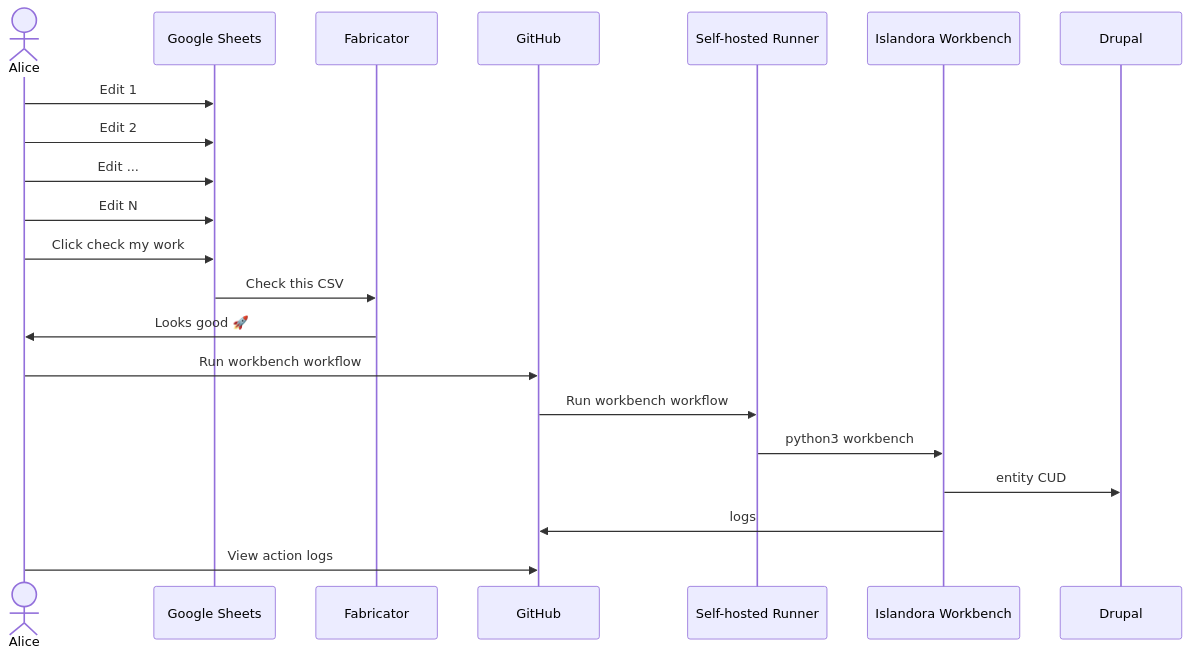
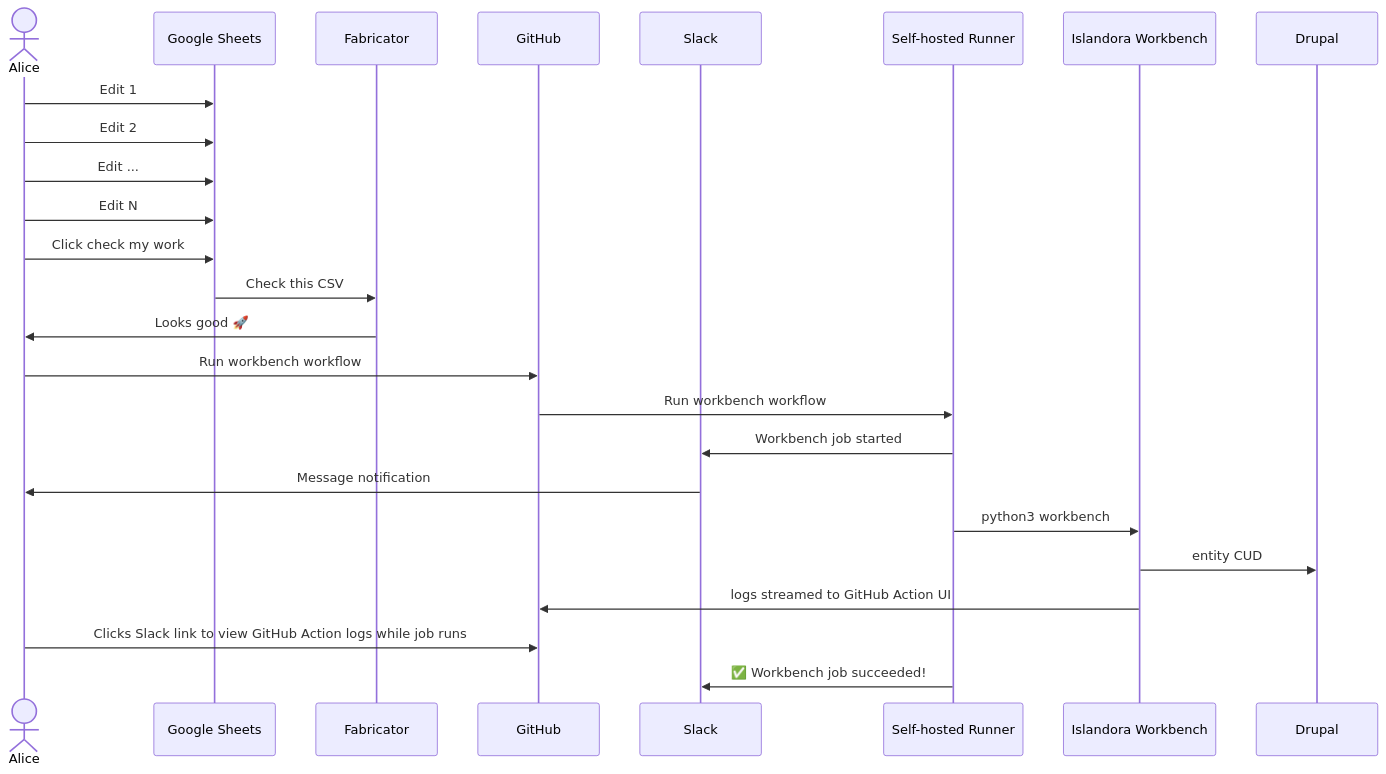
Before and after one commit to lehigh-university-libraries/fabricator: the diagram in README.md, drawn with Mermaid. The commit also changed other lines of this file, not shown here.

````diff
--- a/README.md
+++ b/README.md
@@ -12,17 +15,24 @@
 ```mermaid
 sequenceDiagram
     actor Alice
+    participant Google Sheets
+    participant Fabricator
+    participant GitHub
+    participant Slack
     Alice->>Google Sheets: Edit 1
     Alice->>Google Sheets: Edit 2
     Alice->>Google Sheets: Edit ...
     Alice->>Google Sheets: Edit N
     Alice->>Google Sheets: Click check my work
     Google Sheets->>Fabricator: Check this CSV
     Fabricator->>Alice: Looks good 🚀
     Alice->>GitHub: Run workbench workflow
     GitHub->>Self-hosted Runner: Run workbench workflow
+    Self-hosted Runner->>Slack: Workbench job started
+    Slack->>Alice: Message notification
     Self-hosted Runner->>Islandora Workbench: python3 workbench
     Islandora Workbench->>Drupal: entity CUD
-    Islandora Workbench->>GitHub: logs
-    Alice->>GitHub: View action logs
+    Islandora Workbench->>GitHub: logs streamed to GitHub Action UI
+    Alice->>GitHub: Clicks Slack link to view GitHub Action logs while job runs
+    Self-hosted Runner->>Slack: ✅ Workbench job succeeded!
 ```
````
